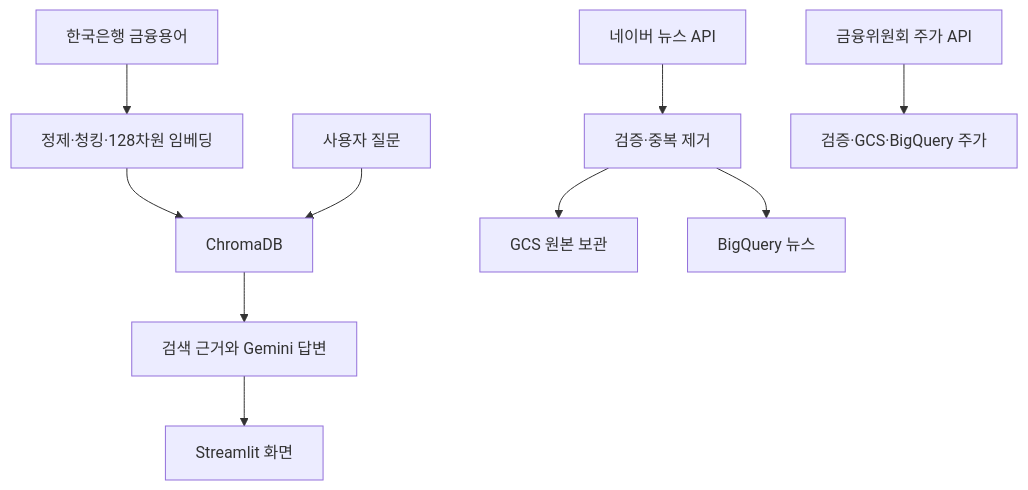
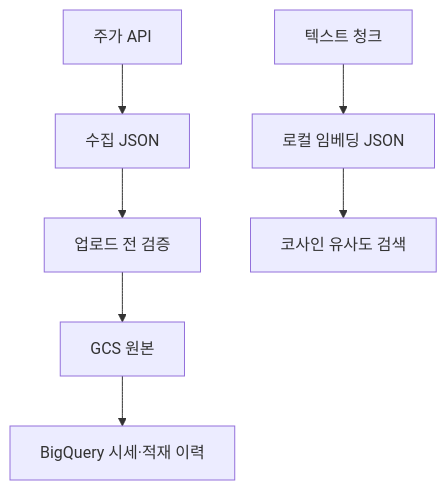
Before and after one commit to gawounnx/Data-Engineering-2026: the diagram in README.md, drawn with Mermaid. The commit also changed other lines of this file, not shown here.

````diff
--- a/README.md
+++ b/README.md
@@ -40,12 +52,9 @@
 ```mermaid
 flowchart TD
-    A["한국은행 금융용어"] --> B["정제·청킹·128차원 임베딩"]
-    B --> C["ChromaDB"]
-    U["사용자 질문"] --> C
-    C --> D["검색 근거와 Gemini 답변"]
-    D --> E["Streamlit 화면"]
-    N["네이버 뉴스 API"] --> V["검증·중복 제거"]
-    V --> G["GCS 원본 보관"]
-    V --> Q["BigQuery 뉴스"]
-    S["금융위원회 주가 API"] --> Q2["검증·GCS·BigQuery 주가"]
+    A["주가 API"] --> B["수집 JSON"]
+    B --> C["업로드 전 검증"]
+    C --> D["GCS 원본"]
+    D --> E["BigQuery 시세·적재 이력"]
+    F["텍스트 청크"] --> G["로컬 임베딩 JSON"]
+    G --> H["코사인 유사도 검색"]
 ```
````
